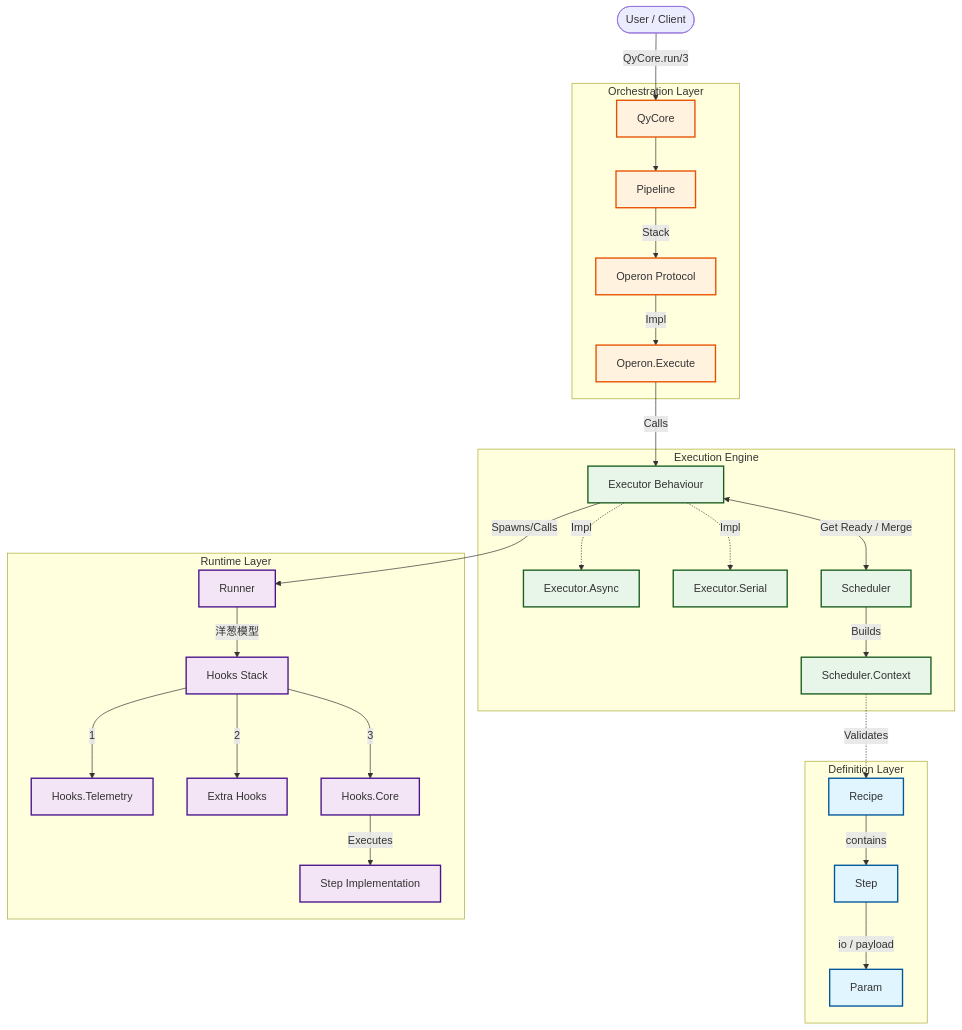
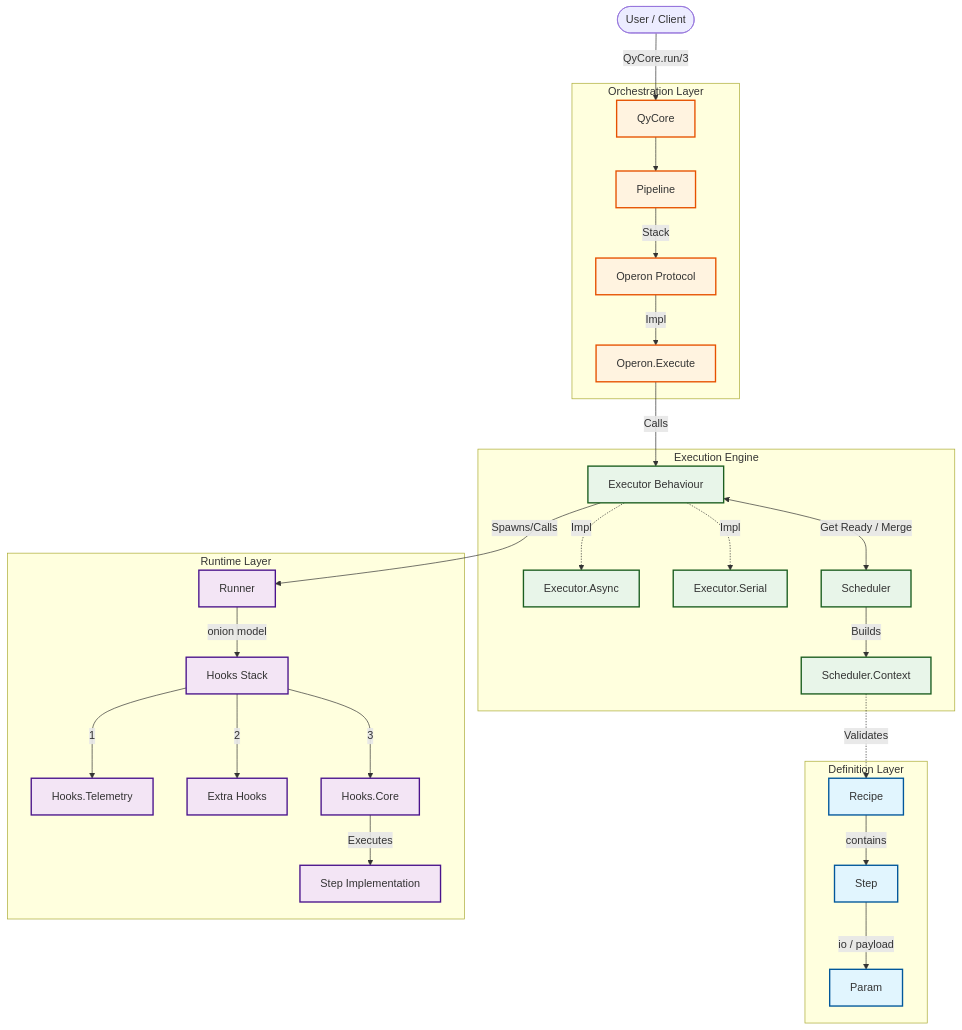
Before and after one commit to SynapticStrings/Orchid: the first of 2 diagrams in README.md, drawn with Mermaid. The commit also changed other lines of this file and 6 other files, not shown here.

````diff
--- a/README.md
+++ b/README.md
@@ -11,46 +11,46 @@
 ```mermaid
 graph TD
     %% --- Styles ---
     classDef definition fill:#e1f5fe,stroke:#01579b,stroke-width:2px;
     classDef core fill:#fff3e0,stroke:#e65100,stroke-width:2px;
     classDef execution fill:#e8f5e9,stroke:#1b5e20,stroke-width:2px;
     classDef runtime fill:#f3e5f5,stroke:#4a148c,stroke-width:2px;
     classDef user fill:#eceff1,stroke:#37474f,stroke-dasharray: 5 5;
 
     User([User / Client]) -->|QyCore.run/3| API[QyCore]:::core
 
     subgraph Definition [Definition Layer]
         Recipe[Recipe]:::definition
         Step[Step]:::definition
         Param[Param]:::definition
         Recipe -->|contains| Step
         Step -->|io / payload| Param
     end
 
     subgraph Core [Orchestration Layer]
         API --> Pipeline:::core
         Pipeline -->|Stack| Operon[Operon Protocol]:::core
         Operon -->|Impl| OpExec[Operon.Execute]:::core
     end
 
     subgraph Execution [Execution Engine]
         OpExec -->|Calls| Executor[Executor Behaviour]:::execution
         Executor -.->|Impl| ExecAsync[Executor.Async]:::execution
         Executor -.->|Impl| ExecSerial[Executor.Serial]:::execution
         
         Executor <-->|Get Ready / Merge| Scheduler:::execution
         Scheduler -->|Builds| Context[Scheduler.Context]:::execution
         Context -.->|Validates| Recipe
     end
 
     subgraph RunnerSys [Runtime Layer]
         Executor -->|Spawns/Calls| Runner:::runtime
-        Runner -->|洋葱模型| HookStack[Hooks Stack]:::runtime
+        Runner -->|onion model| HookStack[Hooks Stack]:::runtime
         
         HookStack -->|1| H_Telem[Hooks.Telemetry]:::runtime
         HookStack -->|2| H_Extra[Extra Hooks]:::runtime
         HookStack -->|3| H_Core[Hooks.Core]:::runtime
         
         H_Core -->|Executes| StepImpl[Step Implementation]:::runtime
     end
 ```
````
